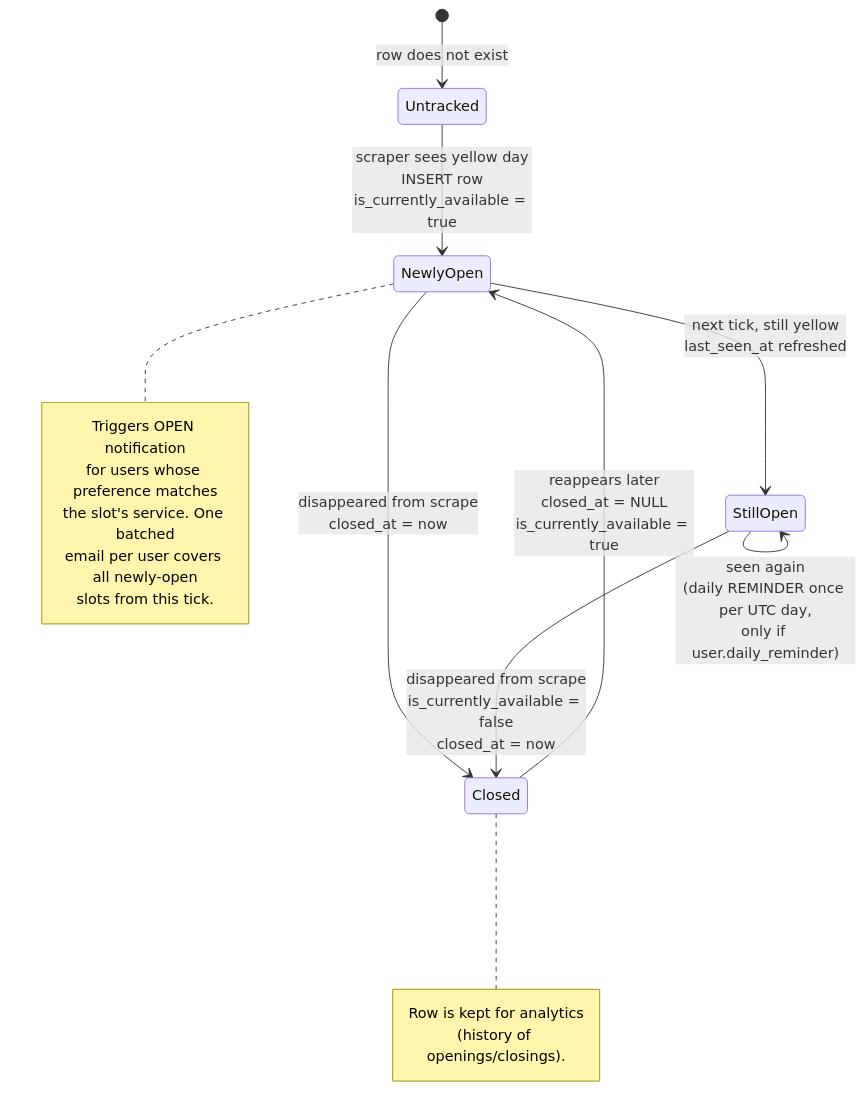
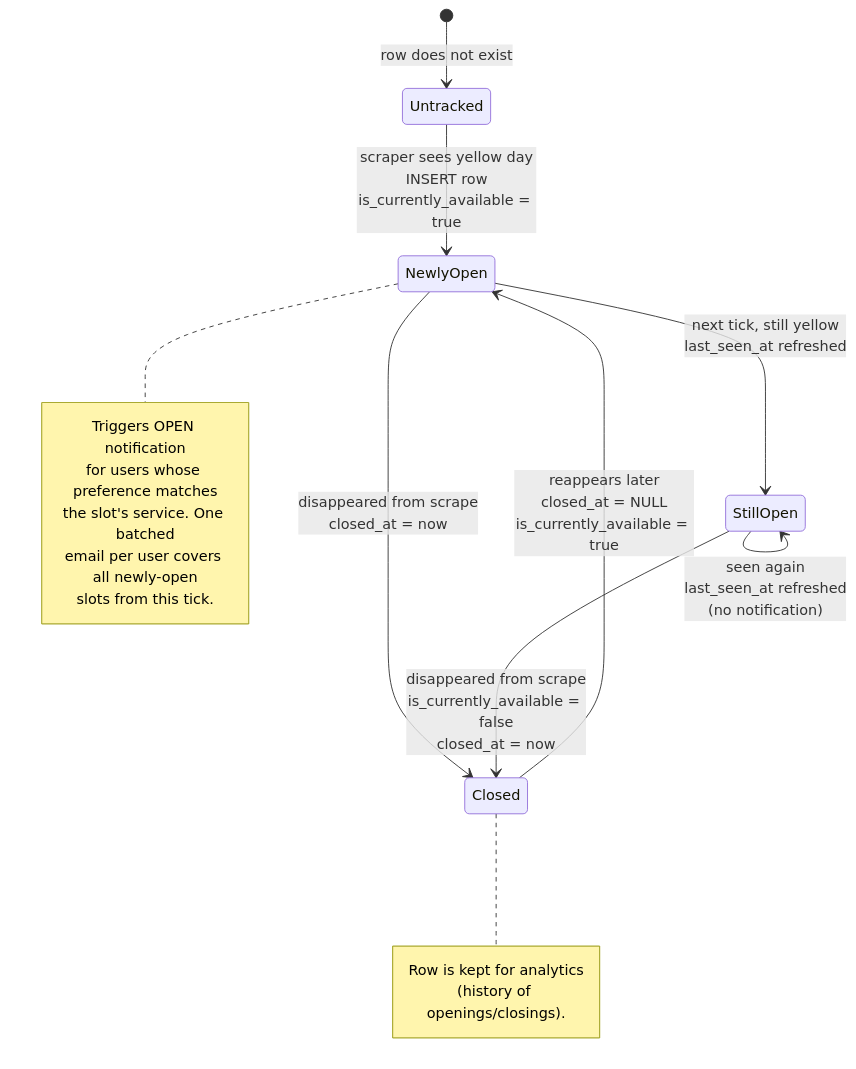
One commit to Blackyfi/lycee_hotelier_ui_scrapper changed the third of 5 diagrams in ARCHITECTURE.md. Above: the diagram before and after it, drawn with Mermaid. The commit also changed other lines of this file and 48 other files, not shown here.

````diff
--- a/ARCHITECTURE.md
+++ b/ARCHITECTURE.md
@@ -200,27 +199,27 @@
 ```mermaid
 stateDiagram-v2
     [*] --> Untracked : row does not exist
 
     Untracked --> NewlyOpen : scraper sees yellow day<br/>INSERT row<br/>is_currently_available = true
 
     NewlyOpen --> StillOpen : next tick, still yellow<br/>last_seen_at refreshed
     NewlyOpen --> Closed : disappeared from scrape<br/>closed_at = now
 
-    StillOpen --> StillOpen : seen again<br/>(daily REMINDER once per UTC day,<br/>only if user.daily_reminder)
+    StillOpen --> StillOpen : seen again<br/>last_seen_at refreshed<br/>(no notification)
     StillOpen --> Closed : disappeared from scrape<br/>is_currently_available = false<br/>closed_at = now
 
     Closed --> NewlyOpen : reappears later<br/>closed_at = NULL<br/>is_currently_available = true
 
     note right of NewlyOpen
         Triggers OPEN notification
         for users whose preference matches
         the slot's service. One batched
         email per user covers all newly-open
         slots from this tick.
     end note
 
     note right of Closed
         Row is kept for analytics
         (history of openings/closings).
     end note
 ```
````
